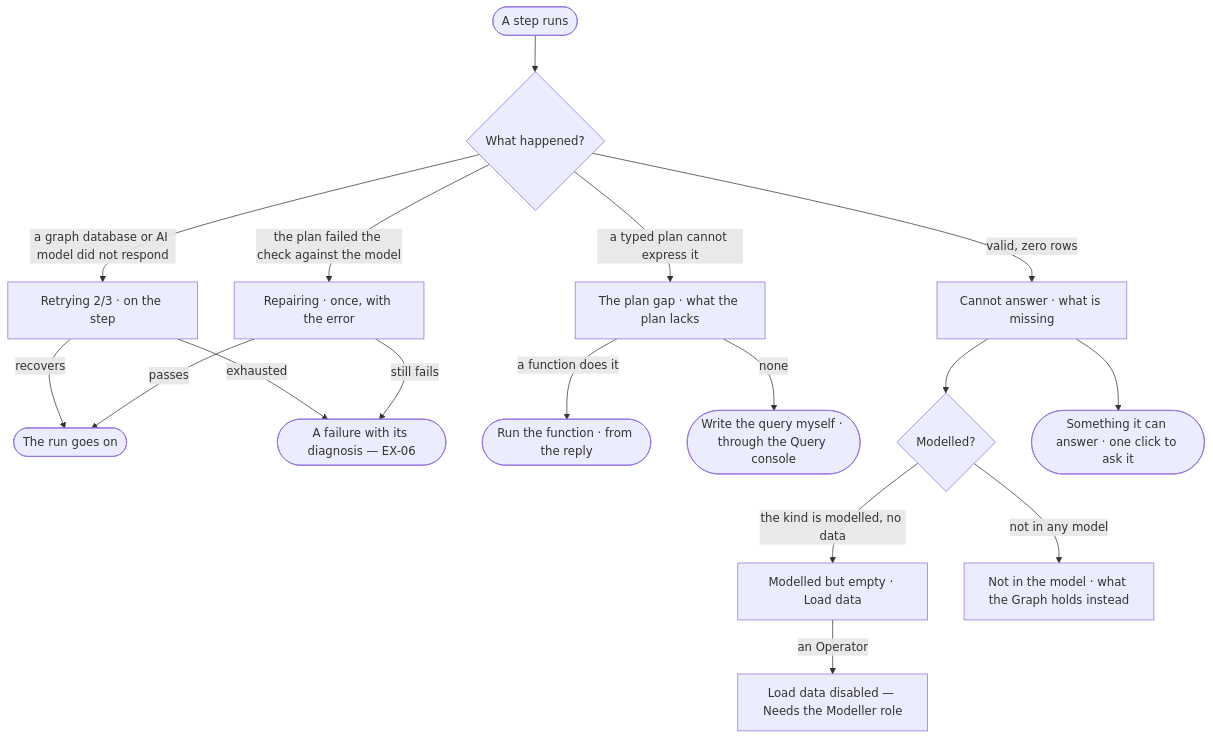
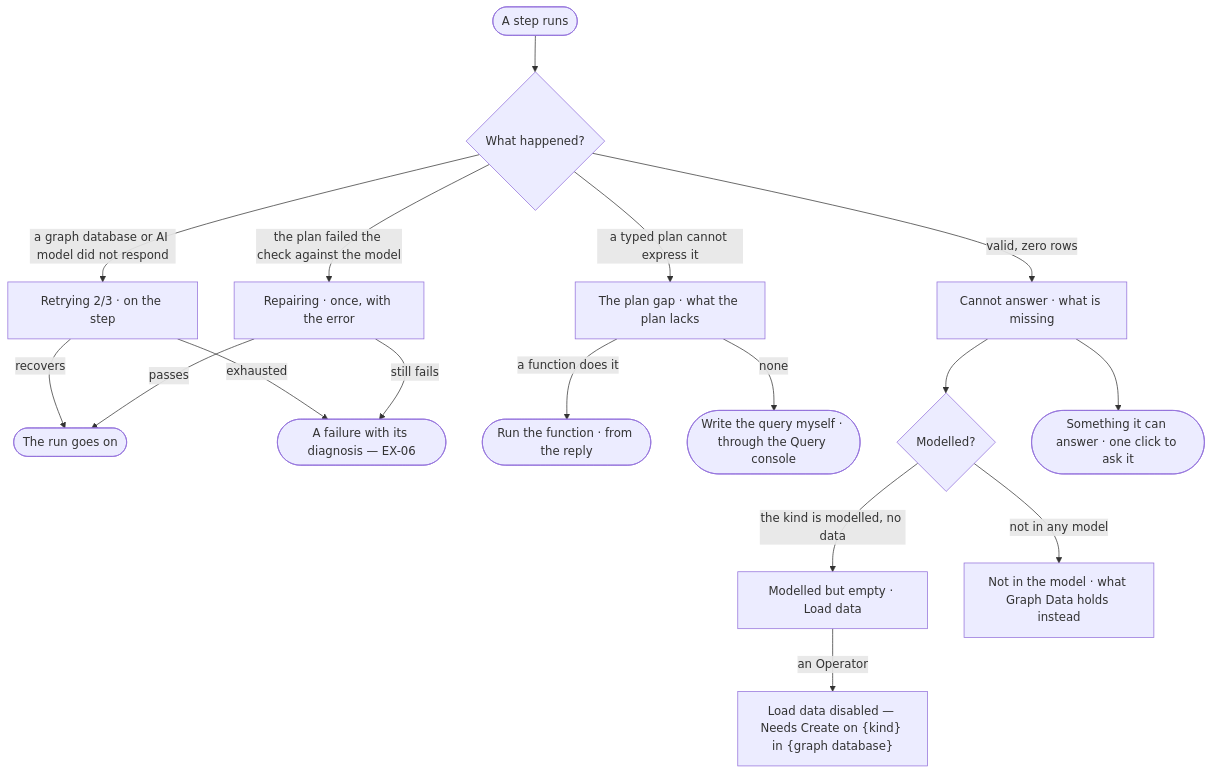
Before and after one commit to invana/invana: the diagram in specs/capabilities/explore/features/EX-F05-when-it-cannot-answer-and-how-it-reasons/stories/EX-05-be-told-when-the-graph-cannot-answer/story.md, drawn with Mermaid. The commit also changed other lines of this file and 456 other files, not shown here.

````diff
--- a/specs/capabilities/explore/features/EX-F05-when-it-cannot-answer-and-how-it-reasons/stories/EX-05-be-told-when-the-graph-cannot-answer/story.md
+++ b/specs/capabilities/explore/features/EX-F05-when-it-cannot-answer-and-how-it-reasons/stories/EX-05-be-told-when-the-graph-cannot-answer/story.md
@@ -27,19 +28,19 @@
 ```mermaid
 flowchart TD
   a([A step runs]) --> b{What happened?}
   b -->|a graph database or AI model did not respond| r["Retrying 2/3 · on the step"]
   r -->|recovers| ok([The run goes on])
   r -->|exhausted| f(["A failure with its diagnosis — EX-06"])
   b -->|the plan failed the check against the model| rp["Repairing · once, with the error"]
   rp -->|passes| ok
   rp -->|still fails| f
   b -->|a typed plan cannot express it| gap["The plan gap · what the plan lacks"]
   gap -->|a function does it| fn(["Run the function · from the reply"])
   gap -->|none| wq(["Write the query myself · through the Query console"])
   b -->|valid, zero rows| ca["Cannot answer · what is missing"]
   ca --> m{Modelled?}
   m -->|the kind is modelled, no data| me["Modelled but empty · Load data"]
-  m -->|not in any model| nm["Not in the model · what the Graph holds instead"]
-  me -->|an Operator| na["Load data disabled — Needs the Modeller role"]
+  m -->|not in any model| nm["Not in the model · what Graph Data holds instead"]
+  me -->|an Operator| na["Load data disabled — Needs Create on {kind} in {graph database}"]
   ca --> ask(["Something it can answer · one click to ask it"])
 ```
````
